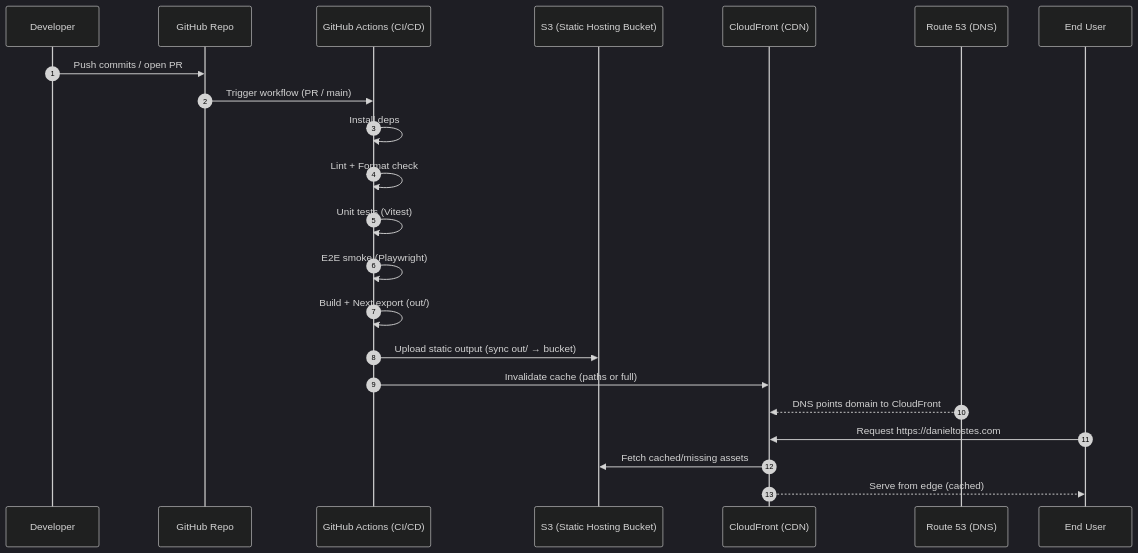
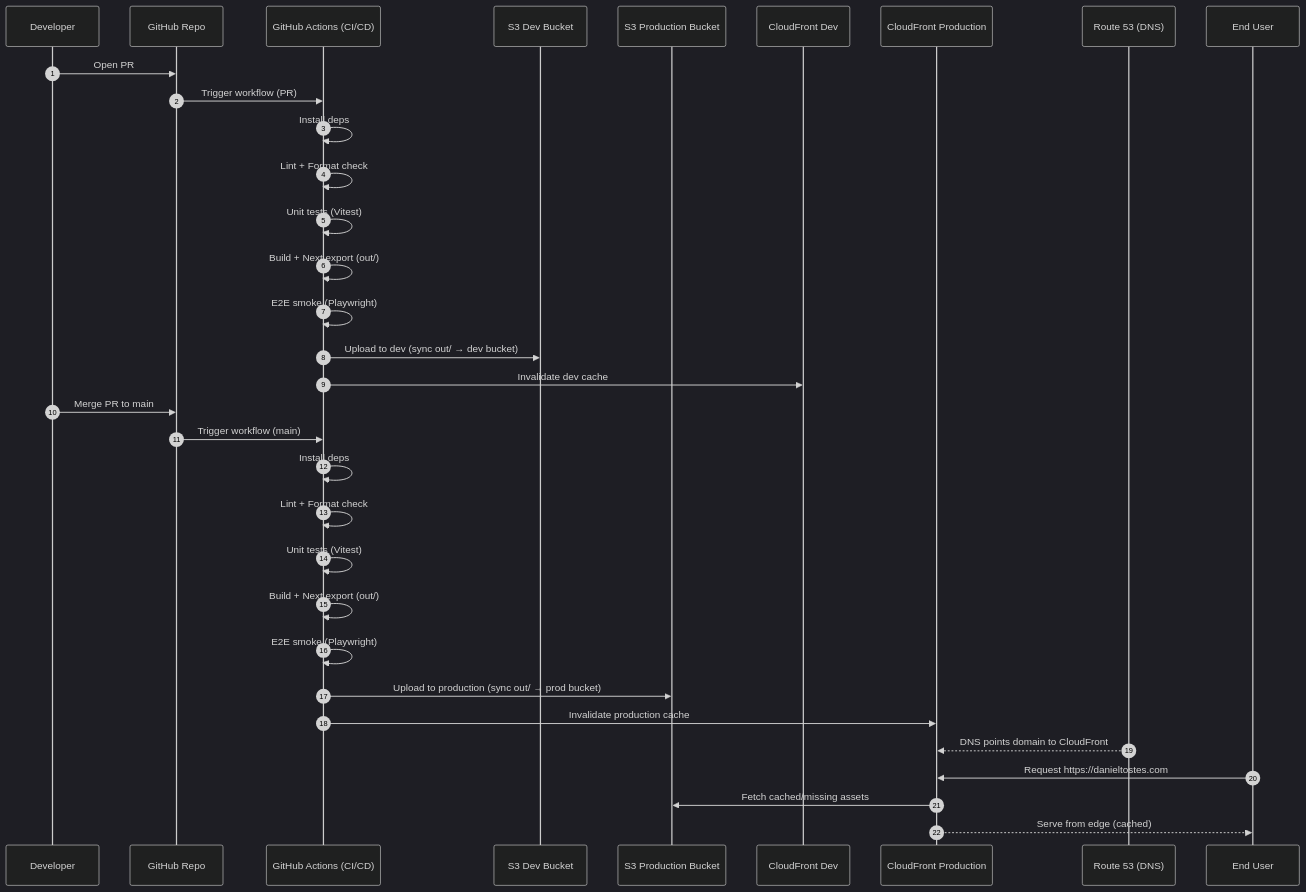
The first of 2 diagrams in docs/diagrams.md (danielmunafo/danieltostes.com), drawn with Mermaid (dark theme) before and after one commit. The commit also changed other lines of this file and 2 other files, not shown here.

````diff
--- a/docs/diagrams.md
+++ b/docs/diagrams.md
@@ -5,25 +5,38 @@
 ```mermaid
 sequenceDiagram
   autonumber
   participant Dev as Developer
   participant GH as GitHub Repo
   participant GA as GitHub Actions (CI/CD)
-  participant S3 as S3 (Static Hosting Bucket)
-  participant CF as CloudFront (CDN)
+  participant S3Dev as S3 Dev Bucket
+  participant S3Prod as S3 Production Bucket
+  participant CFDev as CloudFront Dev
+  participant CFProd as CloudFront Production
   participant R53 as Route 53 (DNS)
   participant User as End User
 
-  Dev->>GH: Push commits / open PR
-  GH->>GA: Trigger workflow (PR / main)
+  Dev->>GH: Open PR
+  GH->>GA: Trigger workflow (PR)
   GA->>GA: Install deps
   GA->>GA: Lint + Format check
   GA->>GA: Unit tests (Vitest)
+  GA->>GA: Build + Next export (out/)
   GA->>GA: E2E smoke (Playwright)
+  GA->>S3Dev: Upload to dev (sync out/ → dev bucket)
+  GA->>CFDev: Invalidate dev cache
+
+  Dev->>GH: Merge PR to main
+  GH->>GA: Trigger workflow (main)
+  GA->>GA: Install deps
+  GA->>GA: Lint + Format check
+  GA->>GA: Unit tests (Vitest)
   GA->>GA: Build + Next export (out/)
-  GA->>S3: Upload static output (sync out/ → bucket)
-  GA->>CF: Invalidate cache (paths or full)
-  R53-->>CF: DNS points domain to CloudFront
-  User->>CF: Request https://danieltostes.com
-  CF->>S3: Fetch cached/missing assets
-  CF-->>User: Serve from edge (cached)
+  GA->>GA: E2E smoke (Playwright)
+  GA->>S3Prod: Upload to production (sync out/ → prod bucket)
+  GA->>CFProd: Invalidate production cache
+
+  R53-->>CFProd: DNS points domain to CloudFront
+  User->>CFProd: Request https://danieltostes.com
+  CFProd->>S3Prod: Fetch cached/missing assets
+  CFProd-->>User: Serve from edge (cached)
 ```
````
